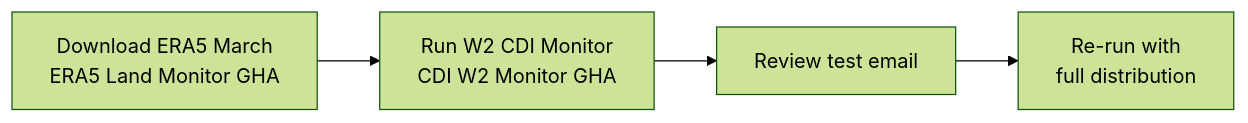
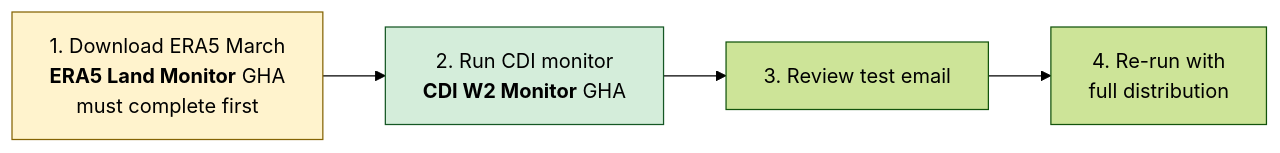
One commit to OCHA-DAP/ds-aa-afg-drought changed the first of 3 diagrams in .github/MONITORING.md. Above: the diagram before and after it, drawn with Mermaid (forest theme). The commit also changed other lines of this file, not shown here.

Commit message:
Clarify SEAS5 availability dates and ERA5 prerequisite in monitoring docs

````diff
--- a/.github/MONITORING.md
+++ b/.github/MONITORING.md
@@ -28,6 +28,9 @@
 ```mermaid
 flowchart LR
-    A[Download ERA5 March<br>ERA5 Land Monitor GHA] --> B[Run W2 CDI Monitor<br>CDI W2 Monitor GHA]
-    B --> C[Review test email]
-    C --> D[Re-run with<br>full distribution]
+    A[1. Download ERA5 March<br><b>ERA5 Land Monitor</b> GHA<br>must complete first] --> B[2. Run CDI monitor<br><b>CDI W2 Monitor</b> GHA]
+    B --> C[3. Review test email]
+    C --> D[4. Re-run with<br>full distribution]
+
+    style A fill:#FFF3CD,stroke:#856404
+    style B fill:#D4EDDA,stroke:#155724
 ```
````
